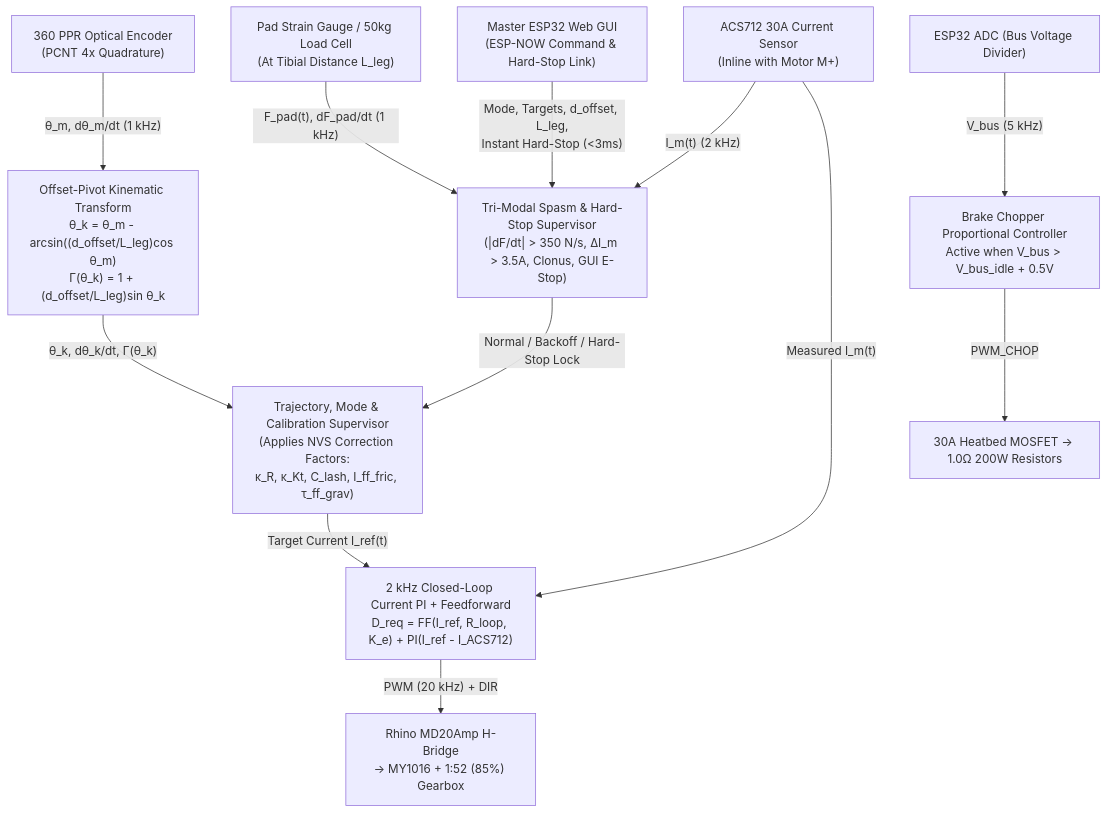
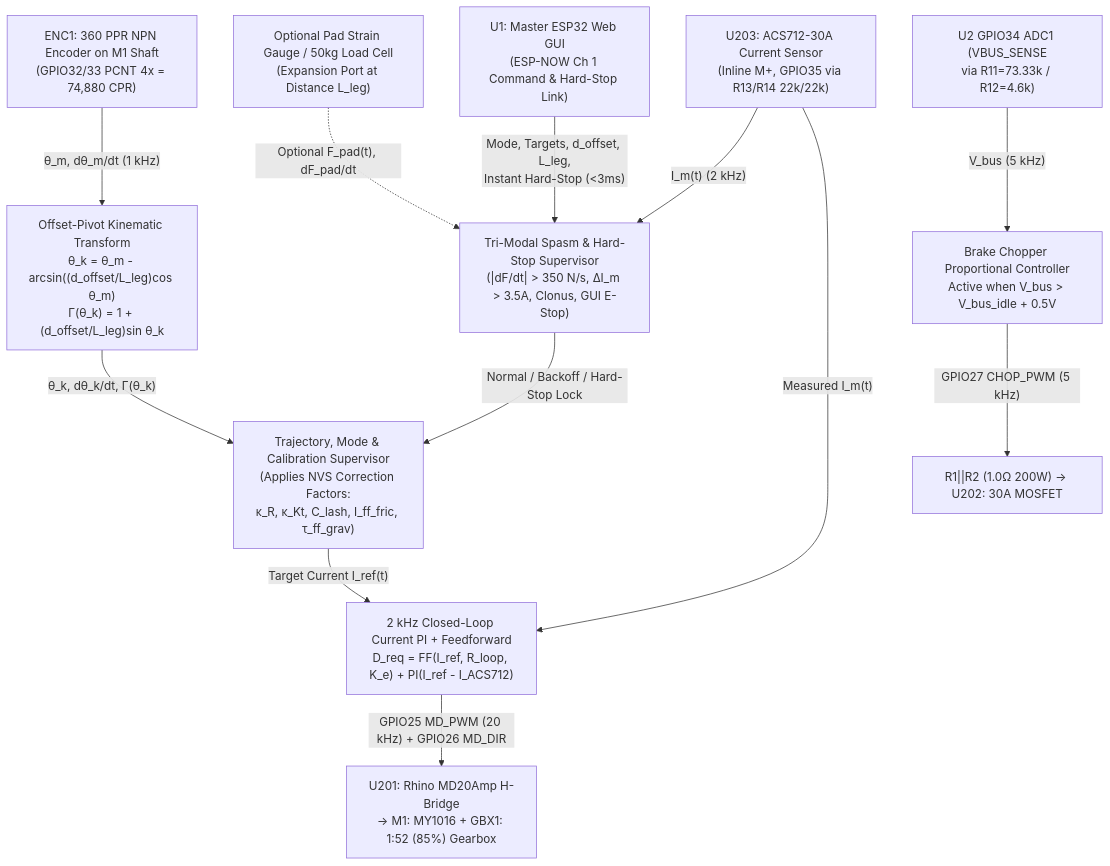
Before and after one commit to Kanishk-Goel-19/DP_DULLA: the sixth of 6 diagrams in README.md, drawn with Mermaid. The commit also changed other lines of this file and 27 other files, not shown here.

````diff
--- a/README.md
+++ b/README.md
@@ -573,18 +620,18 @@
 ```mermaid
 flowchart TD
-    ENC["360 PPR Optical Encoder\n(PCNT 4x Quadrature)"] -->|"θ_m, dθ_m/dt (1 kHz)"| KIN["Offset-Pivot Kinematic Transform\nθ_k = θ_m - arcsin((d_offset/L_leg)cos θ_m)\nΓ(θ_k) = 1 + (d_offset/L_leg)sin θ_k"]
+    ENC["ENC1: 360 PPR NPN Encoder on M1 Shaft\n(GPIO32/33 PCNT 4x = 74,880 CPR)"] -->|"θ_m, dθ_m/dt (1 kHz)"| KIN["Offset-Pivot Kinematic Transform\nθ_k = θ_m - arcsin((d_offset/L_leg)cos θ_m)\nΓ(θ_k) = 1 + (d_offset/L_leg)sin θ_k"]
     
-    SG["Pad Strain Gauge / 50kg Load Cell\n(At Tibial Distance L_leg)"] -->|"F_pad(t), dF_pad/dt (1 kHz)"| SPASM["Tri-Modal Spasm & Hard-Stop Supervisor\n(|dF/dt| > 350 N/s, ΔI_m > 3.5A, Clonus, GUI E-Stop)"]
-    ACS["ACS712 30A Current Sensor\n(Inline with Motor M+)"] -->|"I_m(t) (2 kHz)"| SPASM
-    GUI["Master ESP32 Web GUI\n(ESP-NOW Command & Hard-Stop Link)"] -->|"Mode, Targets, d_offset, L_leg,\nInstant Hard-Stop (<3ms)"| SPASM
+    SG["Optional Pad Strain Gauge / 50kg Load Cell\n(Expansion Port at Distance L_leg)"] -.->|"Optional F_pad(t), dF_pad/dt"| SPASM["Tri-Modal Spasm & Hard-Stop Supervisor\n(|dF/dt| > 350 N/s, ΔI_m > 3.5A, Clonus, GUI E-Stop)"]
+    ACS["U203: ACS712-30A Current Sensor\n(Inline M+, GPIO35 via R13/R14 22k/22k)"] -->|"I_m(t) (2 kHz)"| SPASM
+    GUI["U1: Master ESP32 Web GUI\n(ESP-NOW Ch 1 Command & Hard-Stop Link)"] -->|"Mode, Targets, d_offset, L_leg,\nInstant Hard-Stop (<3ms)"| SPASM
 
     KIN -->|"θ_k, dθ_k/dt, Γ(θ_k)"| CTRL["Trajectory, Mode & Calibration Supervisor\n(Applies NVS Correction Factors:\nκ_R, κ_Kt, C_lash, I_ff_fric, τ_ff_grav)"]
     SPASM -->|"Normal / Backoff / Hard-Stop Lock"| CTRL
     
     CTRL -->|"Target Current I_ref(t)"| PI_I["2 kHz Closed-Loop Current PI + Feedforward\nD_req = FF(I_ref, R_loop, K_e) + PI(I_ref - I_ACS712)"]
     ACS -->|"Measured I_m(t)"| PI_I
-    PI_I -->|"PWM (20 kHz) + DIR"| DRV["Rhino MD20Amp H-Bridge\n-> MY1016 + 1:52 (85%) Gearbox"]
+    PI_I -->|"GPIO25 MD_PWM (20 kHz) + GPIO26 MD_DIR"| DRV["U201: Rhino MD20Amp H-Bridge\n-> M1: MY1016 + GBX1: 1:52 (85%) Gearbox"]
     
-    ADC["ESP32 ADC (Bus Voltage Divider)"] -->|"V_bus (5 kHz)"| CHOP["Brake Chopper Proportional Controller\nActive when V_bus > V_bus_idle + 0.5V"]
-    CHOP -->|"PWM_CHOP"| MOS["30A Heatbed MOSFET -> 1.0Ω 200W Resistors"]
+    ADC["U2 GPIO34 ADC1 (VBUS_SENSE\nvia R11=73.33k / R12=4.6k)"] -->|"V_bus (5 kHz)"| CHOP["Brake Chopper Proportional Controller\nActive when V_bus > V_bus_idle + 0.5V"]
+    CHOP -->|"GPIO27 CHOP_PWM (5 kHz)"| MOS["R1||R2 (1.0Ω 200W) -> U202: 30A MOSFET"]
 ```
````
